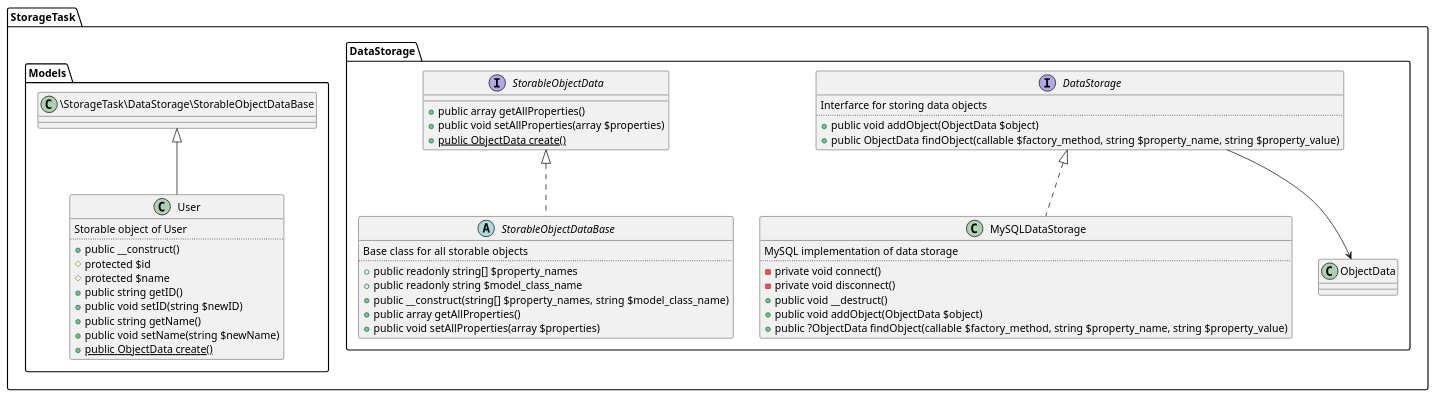
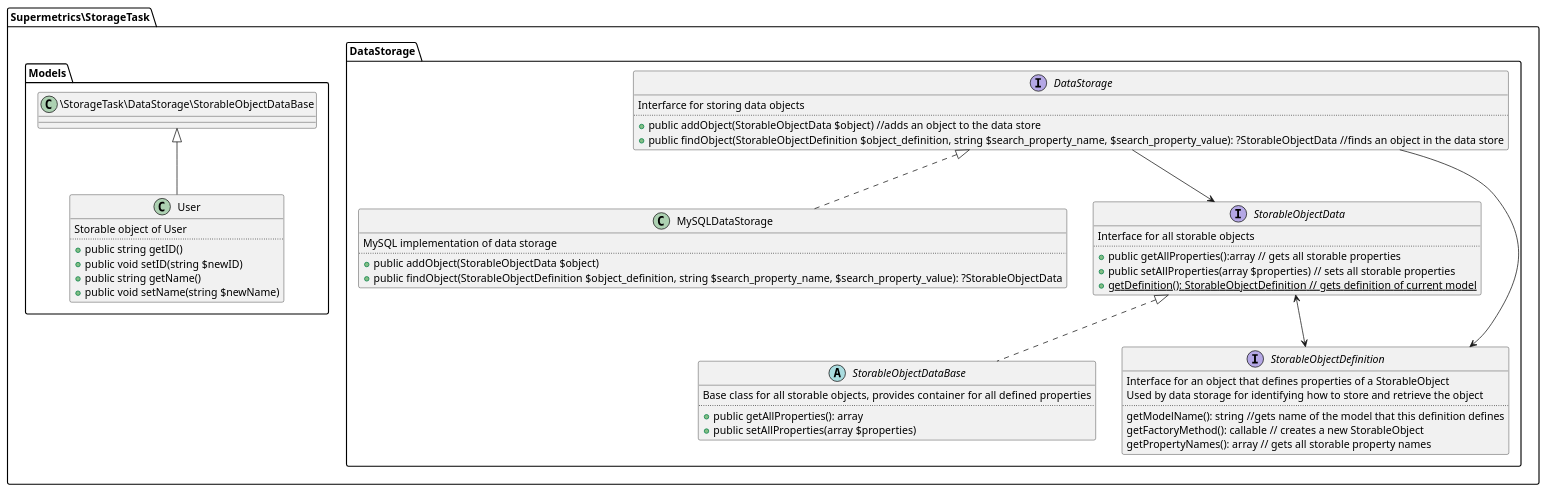
Before and after one commit to SylwesterKogowski/SupermetricsStorageTask: the diagram in Documentation/Logical View.md, drawn with PlantUML. The commit also changed 22 other files, not shown here.

Commit message:
Supermetrics task

````diff
--- a/Documentation/Logical View.md
+++ b/Documentation/Logical View.md
@@ -2,56 +2,59 @@
 ```puml
 @startuml
-namespace StorageTask {
+namespace Supermetrics\StorageTask {
     
 
     namespace DataStorage {
         
         interface DataStorage {
             Interfarce for storing data objects
             ..
-            +public void addObject(ObjectData $object)
-            +public ObjectData findObject(callable $factory_method, string $property_name, string $property_value)
+            +public addObject(StorableObjectData $object) //adds an object to the data store
+            +public findObject(StorableObjectDefinition $object_definition, string $search_property_name, $search_property_value): ?StorableObjectData //finds an object in the data store
         }
         class MySQLDataStorage implements DataStorage {
             MySQL implementation of data storage
             ..
-            -private void connect()
-            -private void disconnect()
-            +public void __destruct()
-            +public void addObject(ObjectData $object)
-            +public ?ObjectData findObject(callable $factory_method, string $property_name, string $property_value)
+            +public addObject(StorableObjectData $object)
+            +public findObject(StorableObjectDefinition $object_definition, string $search_property_name, $search_property_value): ?StorableObjectData
         }
         interface StorableObjectData {
-            +public array getAllProperties()
-            +public void setAllProperties(array $properties)
-            {static} +public ObjectData create()
+            Interface for all storable objects
+            ..
+            +public getAllProperties():array // gets all storable properties
+            +public setAllProperties(array $properties) // sets all storable properties
+            {static} +getDefinition(): StorableObjectDefinition // gets definition of current model
         }
         abstract class StorableObjectDataBase implements StorableObjectData {
-            Base class  for all storable objects
+            Base class  for all storable objects, provides container for all defined properties
             ..
-            +public readonly string[] $property_names
-            +public readonly string $model_class_name
-            +public __construct(string[] $property_names, string $model_class_name)
-            +public array getAllProperties()
-            +public void setAllProperties(array $properties)
+            +public getAllProperties(): array
+            +public setAllProperties(array $properties)
         }
-        DataStorage --> ObjectData
+        interface StorableObjectDefinition {        
+            Interface for an object that defines properties of a StorableObject
+            Used by data storage for identifying how to store and retrieve the object
+            ..
+            getModelName(): string //gets name of the model that this definition defines
+            getFactoryMethod(): callable // creates a new StorableObject
+            getPropertyNames(): array // gets all storable property names
+        }
+
+        DataStorage --> StorableObjectData
+        StorableObjectData <--> StorableObjectDefinition
+        DataStorage --> StorableObjectDefinition
     }
     namespace Models {
     
         class User extends \StorageTask\DataStorage\StorableObjectDataBase {
             Storable object of User
             ..
-            +public __construct()
-            #protected $id
-            #protected $name
             +public string getID()
             +public void setID(string $newID)
             +public string getName()
             +public void setName(string $newName)
-            {static} +public ObjectData create()
         }   
     }
 }
 @enduml
 ```
````
